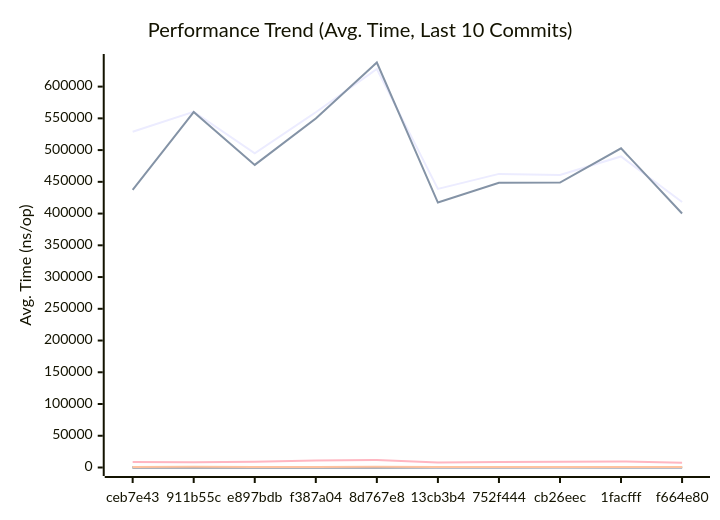
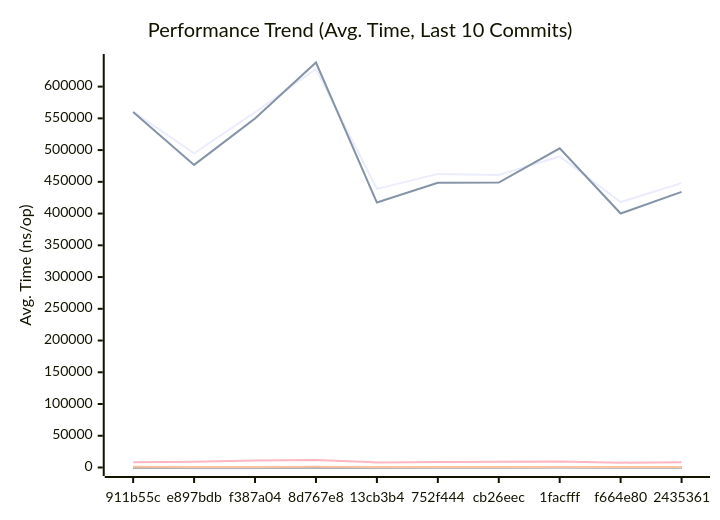
The first of 3 diagrams in docs/PERFORMANCE.md (alsotoes/momo), drawn with Mermaid before and after one commit. The commit also changed other lines of this file and 5 other files, not shown here.

````diff
--- a/docs/PERFORMANCE.md
+++ b/docs/PERFORMANCE.md
@@ -145,20 +145,20 @@
 ```mermaid
 xychart-beta
     title "Performance Trend (Avg. Time, Last 10 Commits)"
     x-axis "Commit"
     y-axis "Avg. Time (ns/op)"
-    x-axis [ceb7e43,911b55c,e897bdb,f387a04,8d767e8,13cb3b4,752f444,cb26eec,1facfff,f664e80]
-    line "AWSChunkedReaderSigned" [528932,560369,495010,559620,627798,438813,462513,460953,489981,418132]
-    line "AWSChunkedReaderUnsigned" [437150,559938,476646,549790,637979,417363,448517,448767,502752,400163]
-    line "CheckMetricsAndSwap" [9,12,10,10,10,8,9,9,10,7]
-    line "CrushOptimized" [369,320,353,417,536,370,424,329,313,300]
-    line "CrushOriginal" [431,406,535,558,630,460,605,462,474,395]
+    x-axis [911b55c,e897bdb,f387a04,8d767e8,13cb3b4,752f444,cb26eec,1facfff,f664e80,2435361]
+    line "AWSChunkedReaderSigned" [560369,495010,559620,627798,438813,462513,460953,489981,418132,447933]
+    line "AWSChunkedReaderUnsigned" [559938,476646,549790,637979,417363,448517,448767,502752,400163,434167]
+    line "CheckMetricsAndSwap" [12,10,10,10,8,9,9,10,7,8]
+    line "CrushOptimized" [320,353,417,536,370,424,329,313,300,360]
+    line "CrushOriginal" [406,535,558,630,460,605,462,474,395,414]
     line "IndexDirectTracking" [0,0,0,0,0,0,0,0,0,0]
     line "IndexSearch" [3,3,3,3,3,3,3,3,3,3]
-    line "LoadGlobalConfig" [8630,8163,9243,10867,11980,7965,8740,9209,9546,7608]
-    line "PadString" [42,39,46,56,63,39,42,51,49,39]
+    line "LoadGlobalConfig" [8163,9243,10867,11980,7965,8740,9209,9546,7608,8267]
+    line "PadString" [39,46,56,63,39,42,51,49,39,40]
     line "ParseReplicationOrder_NoPrealloc" [350,349,357,354,345,225,229,165,232,234]
     line "ParseReplicationOrder_Prealloc" [229,231,237,234,229,108,107,80,110,109]
-    line "SanitizeLog/Safe" [221,218,262,255,336,234,225,309,240,224]
-    line "SanitizeLog/Unsafe" [707,1259,759,960,1005,654,741,781,861,650]
+    line "SanitizeLog/Safe" [218,262,255,336,234,225,309,240,224,240]
+    line "SanitizeLog/Unsafe" [1259,759,960,1005,654,741,781,861,650,706]
 ```
````
